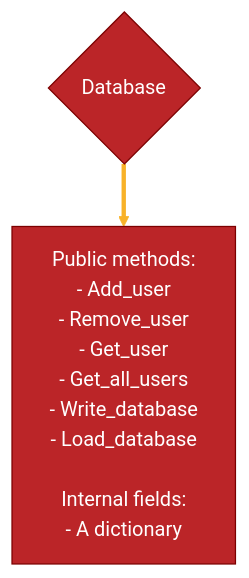
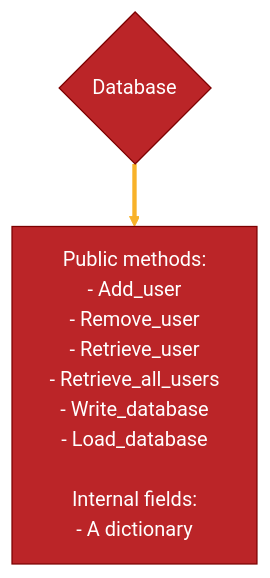
One commit to R0mb0/PIVPN-GUI changed the third of 6 diagrams in Project_description/ReadMe.md. Above: the diagram before and after it, drawn with Mermaid.

````diff
--- a/Project_description/ReadMe.md
+++ b/Project_description/ReadMe.md
@@ -68,26 +68,26 @@
 ```mermaid
 %%{
   init: {
     'theme': 'base',
     'themeVariables': {
       'primaryColor': '#BB2528',
       'primaryTextColor': '#fff',
       'primaryBorderColor': '#7C0000',
       'lineColor': '#F8B229',
       'secondaryColor': '#006100',
       'tertiaryColor': '#fff'
     }
   }
 }%%
 graph TD;
     A{Database} ==> B[Public methods:  
                   - Add_user
                   - Remove_user
-                  - Get_user
-                  - Get_all_users
+                  - Retrieve_user
+                  - Retrieve_all_users
                   - Write_database
                   - Load_database
 
                   Internal fields:
                   - A dictionary ]
 ```
````
